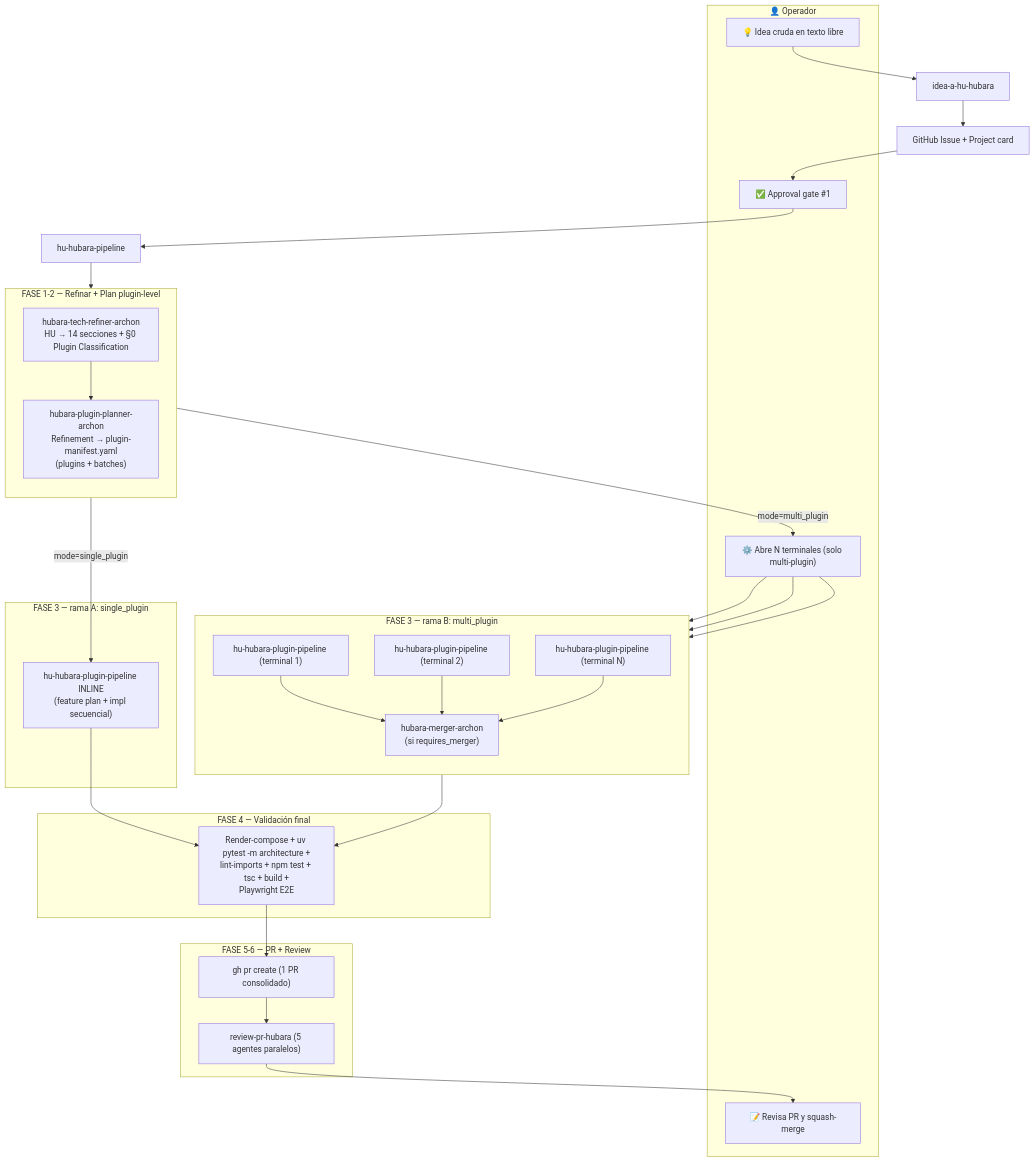
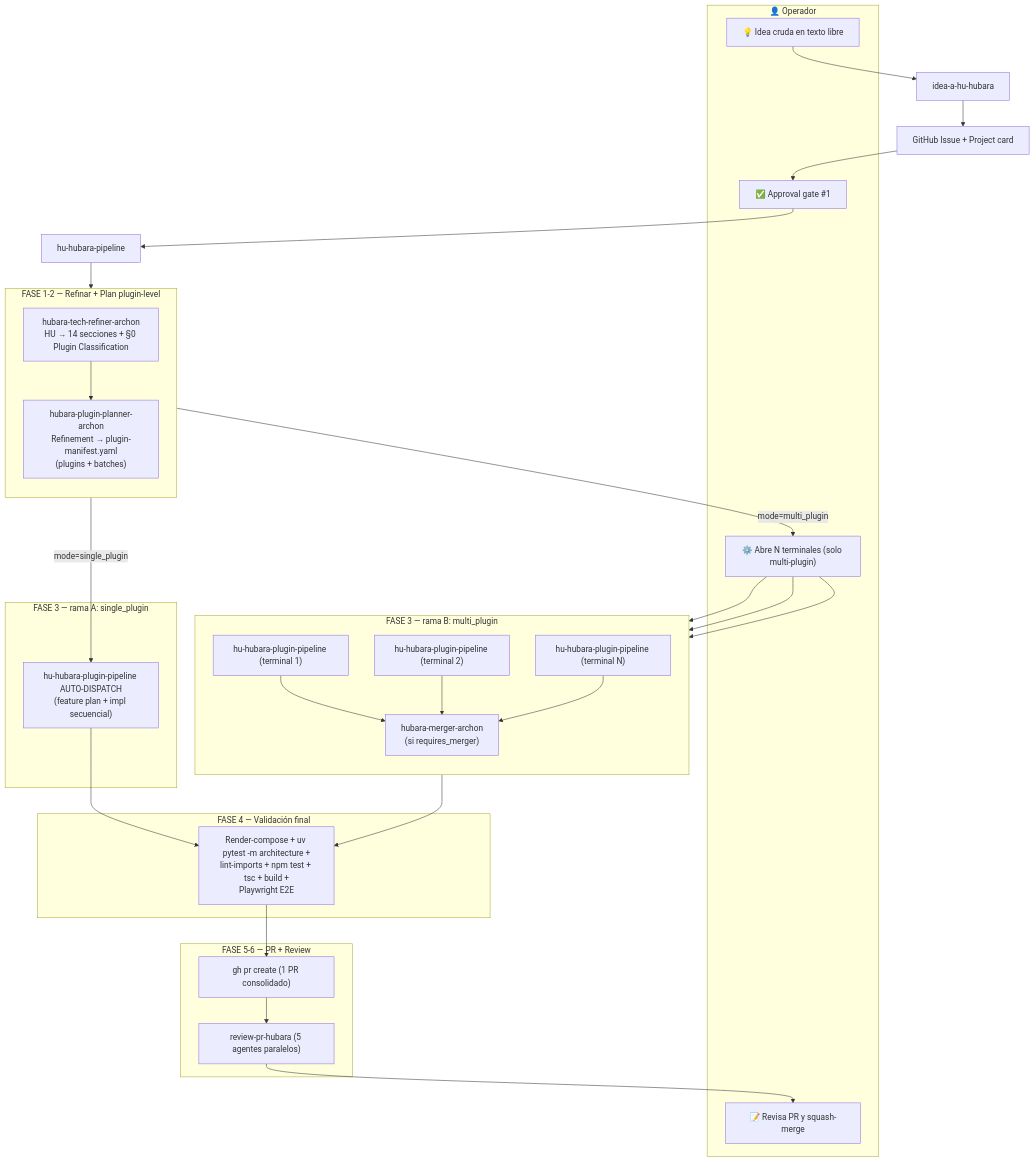
One commit to einsteindark-edgm/AgencyHubara changed the first of 14 diagrams in HUBARA_PIPELINE_GUIDE.md. Above: the diagram before and after it, drawn with Mermaid. The commit also changed other lines of this file and 5 other files, not shown here.

````diff
--- a/HUBARA_PIPELINE_GUIDE.md
+++ b/HUBARA_PIPELINE_GUIDE.md
@@ -67,53 +67,53 @@
 ```mermaid
 flowchart TB
   subgraph User["👤 Operador"]
     Idea["💡 Idea cruda en texto libre"]
     Approval1["✅ Approval gate #1"]
     FanOut["⚙️ Abre N terminales (solo multi-plugin)"]
     Review["📝 Revisa PR y squash-merge"]
   end
 
   subgraph Phase1["FASE 1-2 — Refinar + Plan plugin-level"]
     direction TB
     Refiner["hubara-tech-refiner-archon<br/>HU → 14 secciones + §0 Plugin Classification"]
     PluginPlanner["hubara-plugin-planner-archon<br/>Refinement → plugin-manifest.yaml<br/>(plugins + batches)"]
   end
 
   subgraph Phase3A["FASE 3 — rama A: single_plugin"]
-    SubInline["hu-hubara-plugin-pipeline INLINE<br/>(feature plan + impl secuencial)"]
+    SubAuto["hu-hubara-plugin-pipeline AUTO-DISPATCH<br/>(feature plan + impl secuencial)"]
   end
 
   subgraph Phase3B["FASE 3 — rama B: multi_plugin"]
     direction TB
     SubP1["hu-hubara-plugin-pipeline (terminal 1)"]
     SubP2["hu-hubara-plugin-pipeline (terminal 2)"]
     SubPN["hu-hubara-plugin-pipeline (terminal N)"]
     Merger["hubara-merger-archon<br/>(si requires_merger)"]
   end
 
   subgraph Phase4["FASE 4 — Validación final"]
     Gates["Render-compose + uv pytest -m architecture +<br/>lint-imports + npm test + tsc + build +<br/>Playwright E2E"]
   end
 
   subgraph Phase5["FASE 5-6 — PR + Review"]
     PR["gh pr create (1 PR consolidado)"]
     ReviewAuto["review-pr-hubara (5 agentes paralelos)"]
   end
 
   Idea --> idea_workflow["idea-a-hu-hubara"]
   idea_workflow --> issue["GitHub Issue + Project card"]
   issue --> Approval1
   Approval1 --> hu_pipeline["hu-hubara-pipeline"]
 
   hu_pipeline --> Refiner
   Refiner --> PluginPlanner
-  PluginPlanner -->|mode=single_plugin| SubInline
+  PluginPlanner -->|mode=single_plugin| SubAuto
   PluginPlanner -->|mode=multi_plugin| FanOut
   FanOut --> SubP1 & SubP2 & SubPN
   SubP1 & SubP2 & SubPN --> Merger
-  SubInline --> Gates
+  SubAuto --> Gates
   Merger --> Gates
   Gates --> PR
   PR --> ReviewAuto
   ReviewAuto --> Review
 ```
````
